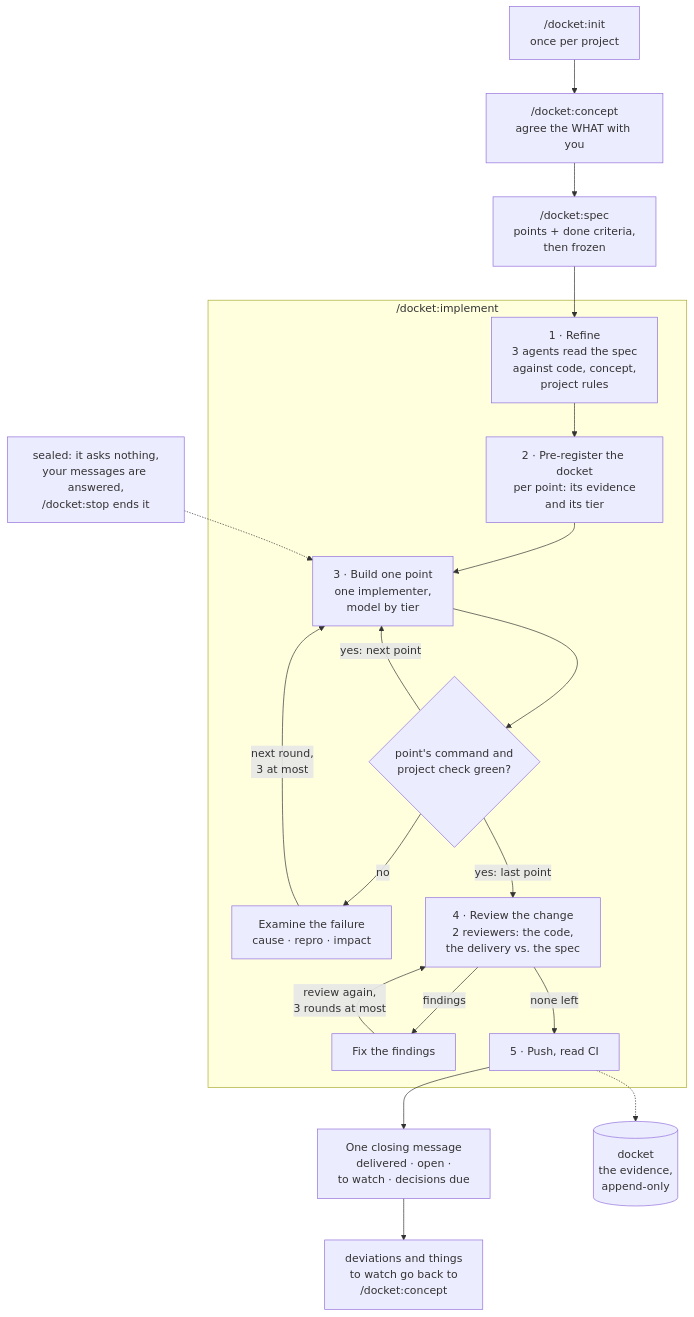
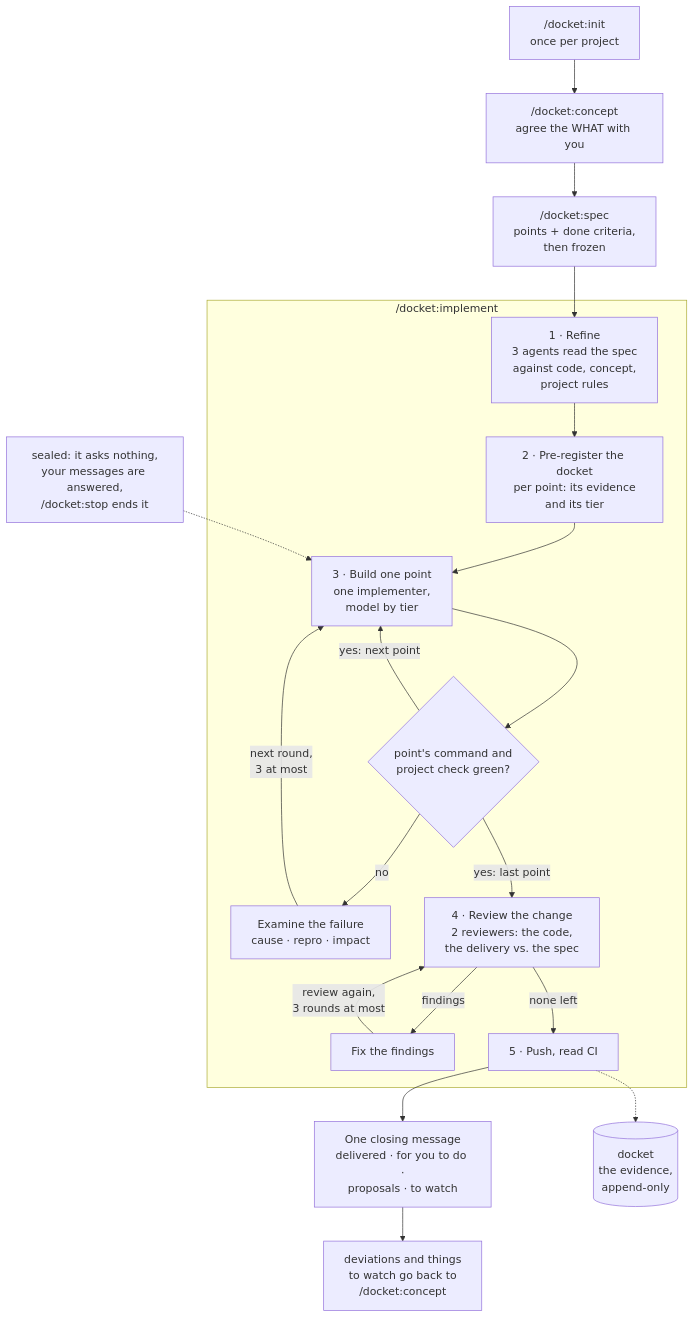
One commit to hwein/docket changed the diagram in README.md. Above: the diagram before and after it, drawn with Mermaid. The commit also changed other lines of this file and 10 other files, not shown here.

````diff
--- a/README.md
+++ b/README.md
@@ -66,32 +66,32 @@
 ```mermaid
 flowchart TD
     init["/docket:init<br/>once per project"]
     concept["/docket:concept<br/>agree the WHAT with you"]
     spec["/docket:spec<br/>points + done criteria,<br/>then frozen"]
     init --> concept --> spec --> refine
 
     subgraph run ["/docket:implement"]
         refine["1 · Refine<br/>3 agents read the spec<br/>against code, concept,<br/>project rules"]
         register["2 · Pre-register the docket<br/>per point: its evidence<br/>and its tier"]
         build["3 · Build one point<br/>one implementer,<br/>model by tier"]
         gate{"point's command and<br/>project check green?"}
         triage["Examine the failure<br/>cause · repro · impact"]
         review["4 · Review the change<br/>2 reviewers: the code,<br/>the delivery vs. the spec"]
         fix["Fix the findings"]
         push["5 · Push, read CI"]
 
         refine --> register --> build --> gate
         gate -- "no" --> triage
         triage -- "next round,<br/>3 at most" --> build
         gate -- "yes: next point" --> build
         gate -- "yes: last point" --> review
         review -- "findings" --> fix
         fix -- "review again,<br/>3 rounds at most" --> review
         review -- "none left" --> push
     end
 
-    push --> close["One closing message<br/>delivered · open ·<br/>to watch · decisions due"]
+    push --> close["One closing message<br/>delivered · for you to do ·<br/>proposals · to watch"]
     push -.-> docket[("docket<br/>the evidence,<br/>append-only")]
     close --> back["deviations and things<br/>to watch go back to<br/>/docket:concept"]
     inbox["sealed: it asks nothing,<br/>your messages are answered,<br/>/docket:stop ends it"] -.-> build
 ```
````
